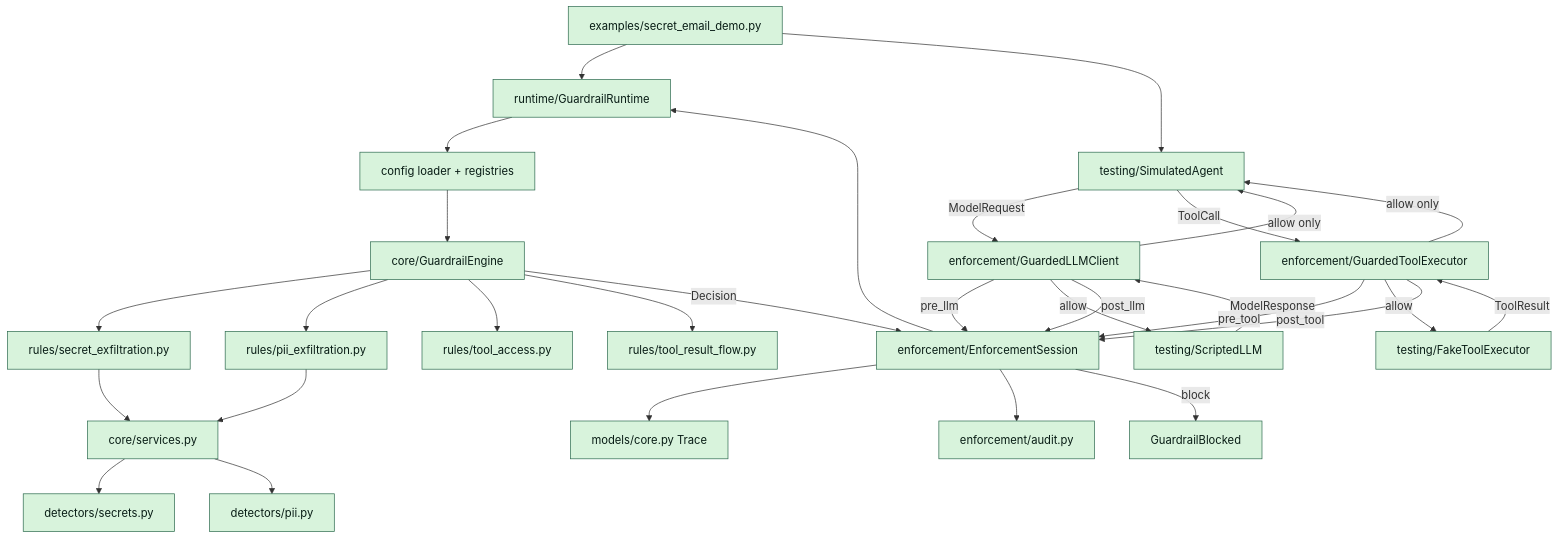
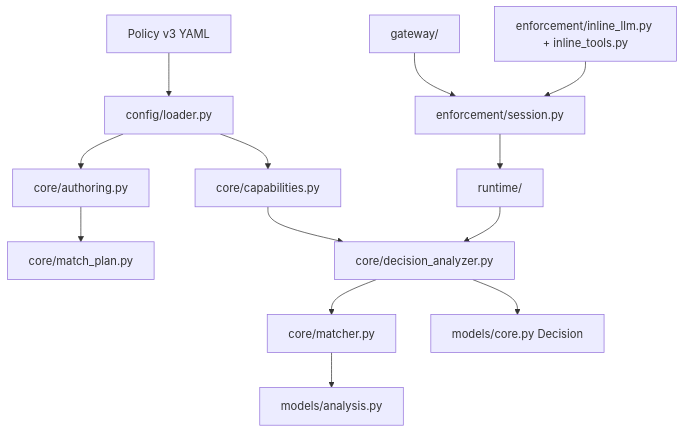
The diagram in docs/code-reading-map.md (cipeizheng/agent-guardrail), drawn with Mermaid before and after one commit. The commit also changed other lines of this file and 100 other files, not shown here.

Commit message:
feat: cut over guardrails to MatchPlan policies

````diff
--- a/docs/code-reading-map.md
+++ b/docs/code-reading-map.md
@@ -135,38 +5,15 @@
 ```mermaid
 flowchart TD
-    Demo[examples/secret_email_demo.py] --> Runtime[runtime/GuardrailRuntime]
-    Runtime --> Loader[config loader + registries]
-    Loader --> Engine[core/GuardrailEngine]
-
-    Demo --> Agent[testing/SimulatedAgent]
-    Agent -->|ModelRequest| GuardedLLM[enforcement/GuardedLLMClient]
-    GuardedLLM -->|pre_llm| Session[enforcement/EnforcementSession]
+    YAML[Policy v3 YAML] --> Loader[config/loader.py]
+    Loader --> Author[core/authoring.py]
+    Author --> Plan[core/match_plan.py]
+    Loader --> Cap[core/capabilities.py]
+    Cap --> Analyzer[core/decision_analyzer.py]
+    Analyzer --> Matcher[core/matcher.py]
+    Matcher --> Report[models/analysis.py]
+    Analyzer --> Decision[models/core.py Decision]
+    Runtime[runtime/] --> Analyzer
+    Gateway[gateway/] --> Session[enforcement/session.py]
+    Inline[enforcement/inline_llm.py + inline_tools.py] --> Session
     Session --> Runtime
-    GuardedLLM -->|allow| FakeLLM[testing/ScriptedLLM]
-    FakeLLM -->|ModelResponse| GuardedLLM
-    GuardedLLM -->|post_llm| Session
-    GuardedLLM -->|allow only| Agent
-
-    Agent -->|ToolCall| GuardedTools[enforcement/GuardedToolExecutor]
-    GuardedTools -->|pre_tool| Session
-    GuardedTools -->|allow| FakeTool[testing/FakeToolExecutor]
-    FakeTool -->|ToolResult| GuardedTools
-    GuardedTools -->|post_tool| Session
-    GuardedTools -->|allow only| Agent
-
-    Engine --> SecretRule[rules/secret_exfiltration.py]
-    Engine --> PIIRule[rules/pii_exfiltration.py]
-    Engine --> ToolAccessRule[rules/tool_access.py]
-    Engine --> ToolResultFlowRule[rules/tool_result_flow.py]
-    SecretRule --> Services[core/services.py]
-    PIIRule --> Services
-    Services --> SecretDetector[detectors/secrets.py]
-    Services --> PIIDetector[detectors/pii.py]
-    Engine -->|Decision| Session
-    Session --> Trace[models/core.py Trace]
-    Session --> Audit[enforcement/audit.py]
-    Session -->|block| Blocked[GuardrailBlocked]
-
-    classDef done fill:#d8f3dc,stroke:#2d6a4f,color:#081c15
-    class Demo,Runtime,Loader,Engine,Agent,FakeLLM,GuardedLLM,GuardedTools,Session,SecretRule,PIIRule,ToolAccessRule,ToolResultFlowRule,Services,SecretDetector,PIIDetector,FakeTool,Blocked,Trace,Audit done
 ```
````
